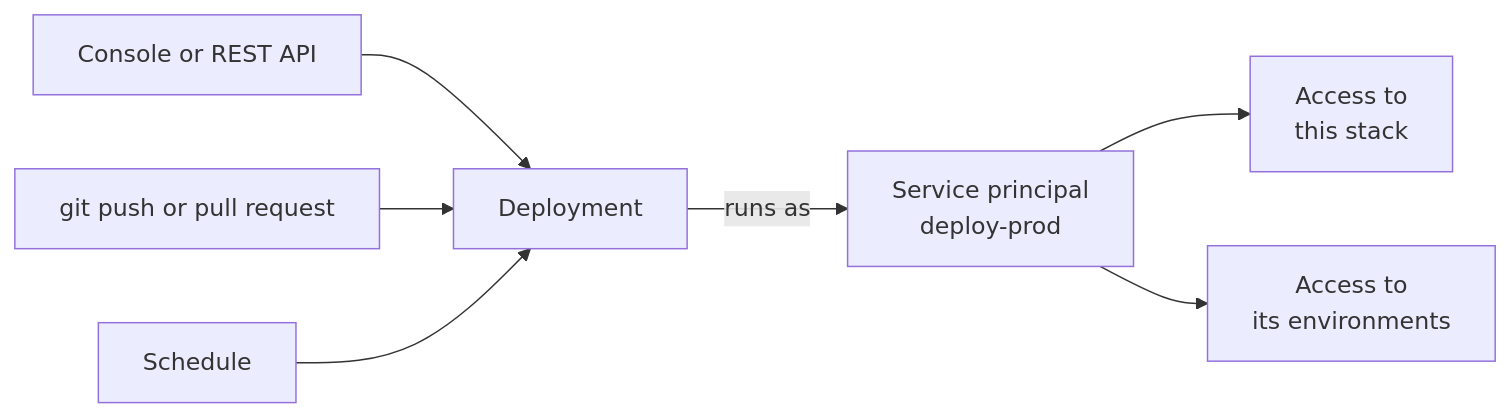
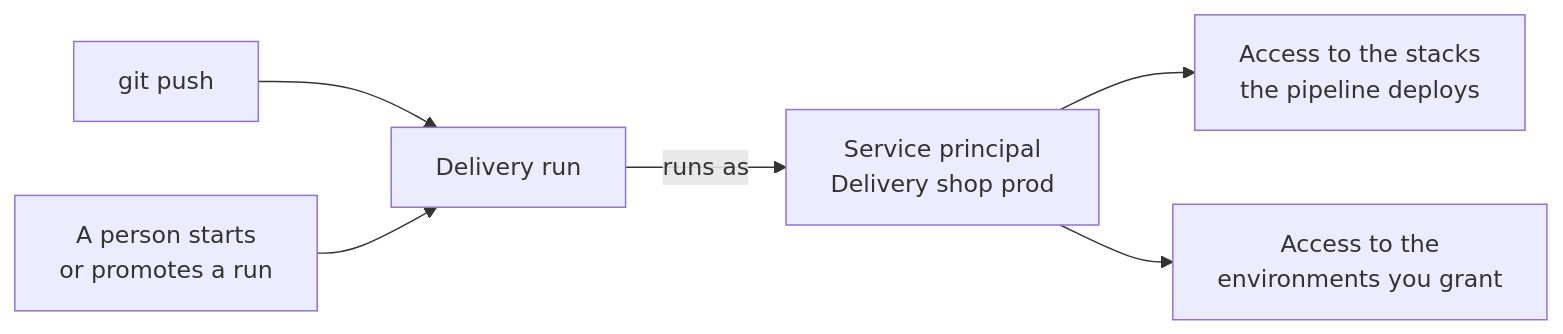
One commit to pulumi/docs changed the diagram in content/blog/pulumi-cloud-rbac-least-privilege-by-default/index.md. Above: the diagram before and after it, drawn with Mermaid. The commit also changed other lines of this file, not shown here.

````diff
--- a/content/blog/pulumi-cloud-rbac-least-privilege-by-default/index.md
+++ b/content/blog/pulumi-cloud-rbac-least-privilege-by-default/index.md
@@ -97,9 +115,8 @@
 ```mermaid
 flowchart LR
-    A["Console or REST API"] --> D["Deployment"]
-    B["git push or pull request"] --> D
-    C["Schedule"] --> D
-    D -->|runs as| SP["Service principal<br/>deploy-prod"]
-    SP --> S["Access to<br/>this stack"]
-    SP --> E["Access to<br/>its environments"]
+    A["git push"] --> R["Delivery run"]
+    B["A person starts<br/>or promotes a run"] --> R
+    R -->|runs as| SP["Service principal<br/>Delivery shop prod"]
+    SP --> S["Access to the stacks<br/>the pipeline deploys"]
+    SP --> E["Access to the<br/>environments you grant"]
 ```
````
